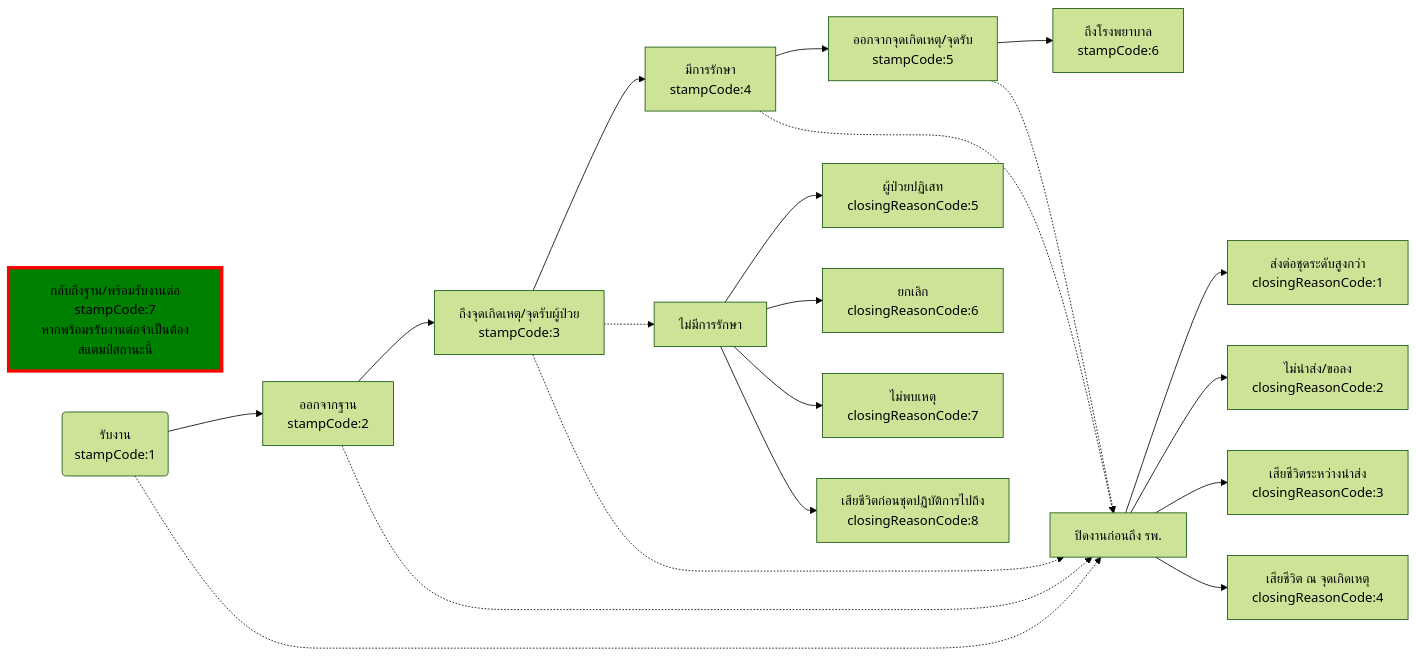
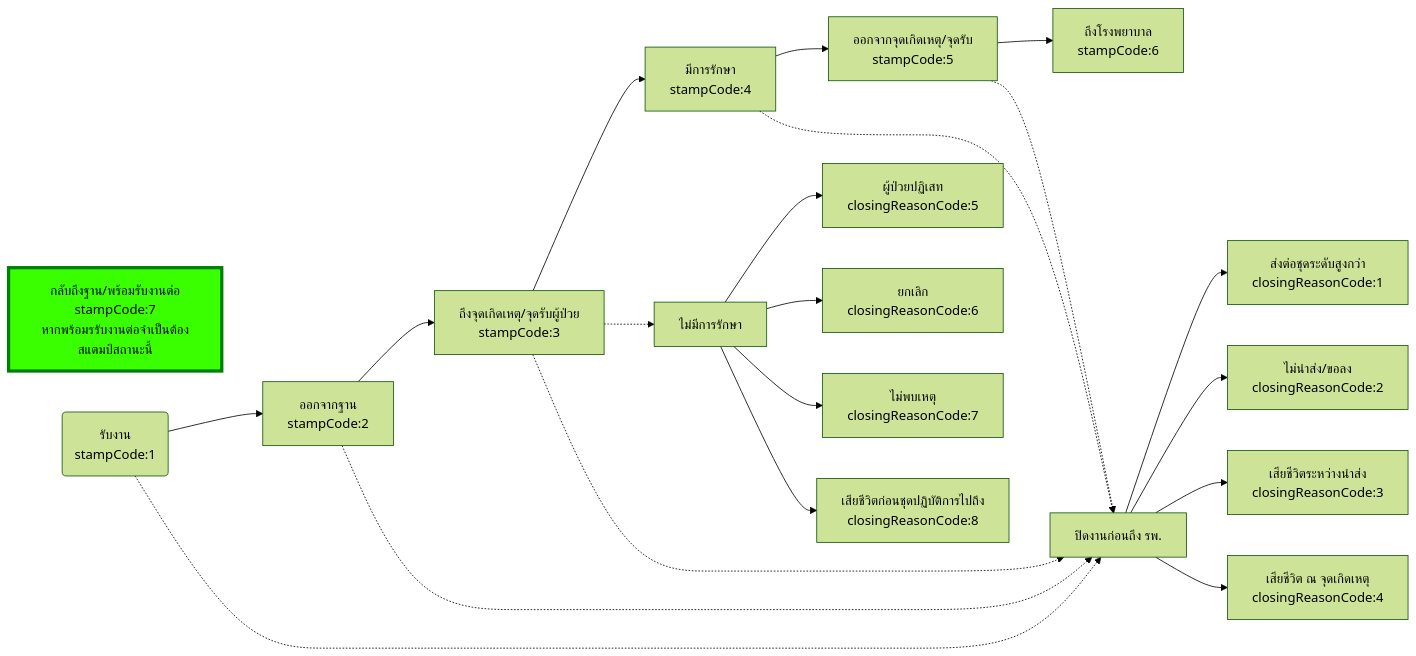
The first of 4 diagrams in README.md (lionants02/Mi-DEMS), drawn with Mermaid (forest theme) before and after one commit.

Commit message:
update color

````diff
--- a/README.md
+++ b/README.md
@@ -14,44 +14,45 @@
 ```mermaid
  flowchart LR
     p8["กลับถึงฐาน/พร้อมรับงานต่อ\nstampCode:7\nหากพร้อมรรับงานต่อจำเป็นต้องสแตมป์สถานะนี้"]:::red
     s("รับงาน\nstampCode:1")
     p1["ออกจากฐาน\nstampCode:2"]
     p2["ถึงจุดเกิดเหตุ/จุดรับผู้ป่วย\nstampCode:3"]
     p3["มีการรักษา\nstampCode:4"]
     p4["ไม่มีการรักษา"]
     p5["ออกจากจุดเกิดเหตุ/จุดรับ\nstampCode:5"]
     p6["ถึงโรงพยาบาล\nstampCode:6"]
     p7["ปิดงานก่อนถึง รพ."]
 
     p41["ผู้ป่วยปฏิเสท\nclosingReasonCode:5"]
     p42["ยกเลิก\nclosingReasonCode:6"]
     p43["ไม่พบเหตุ\nclosingReasonCode:7"]
     p44["เสียชีวิตก่อนชุดปฏิบัติการไปถึง\nclosingReasonCode:8"]
 
     s-->p1-->p2-->p3-->p5-->p6
     p2-.->p4
     p4-->p41
     p4-->p42
     p4-->p43
     p4-->p44
 
     s-.->p7
     p1-.->p7
     p2-.->p7
     p3-.->p7
     p5-.->p7
 
     p71["ส่งต่อชุดระดับสูงกว่า\nclosingReasonCode:1"]
     p72["ไม่นำส่ง/ขอลง\nclosingReasonCode:2"]
     p73["เสียชีวิตระหว่างนำส่ง\nclosingReasonCode:3"]
     p74["เสียชีวิต ณ จุดเกิดเหตุ\nclosingReasonCode:4"]
     
     p7-->p71
     p7-->p72
     p7-->p73
     p7-->p74
 
-    classDef red stroke:#f00
+    classDef red stroke:green
     classDef red stroke-width:4px
-    classDef red fill:green
+    classDef red fill:#39FF00
+    classDef red color:black
 ```
````
